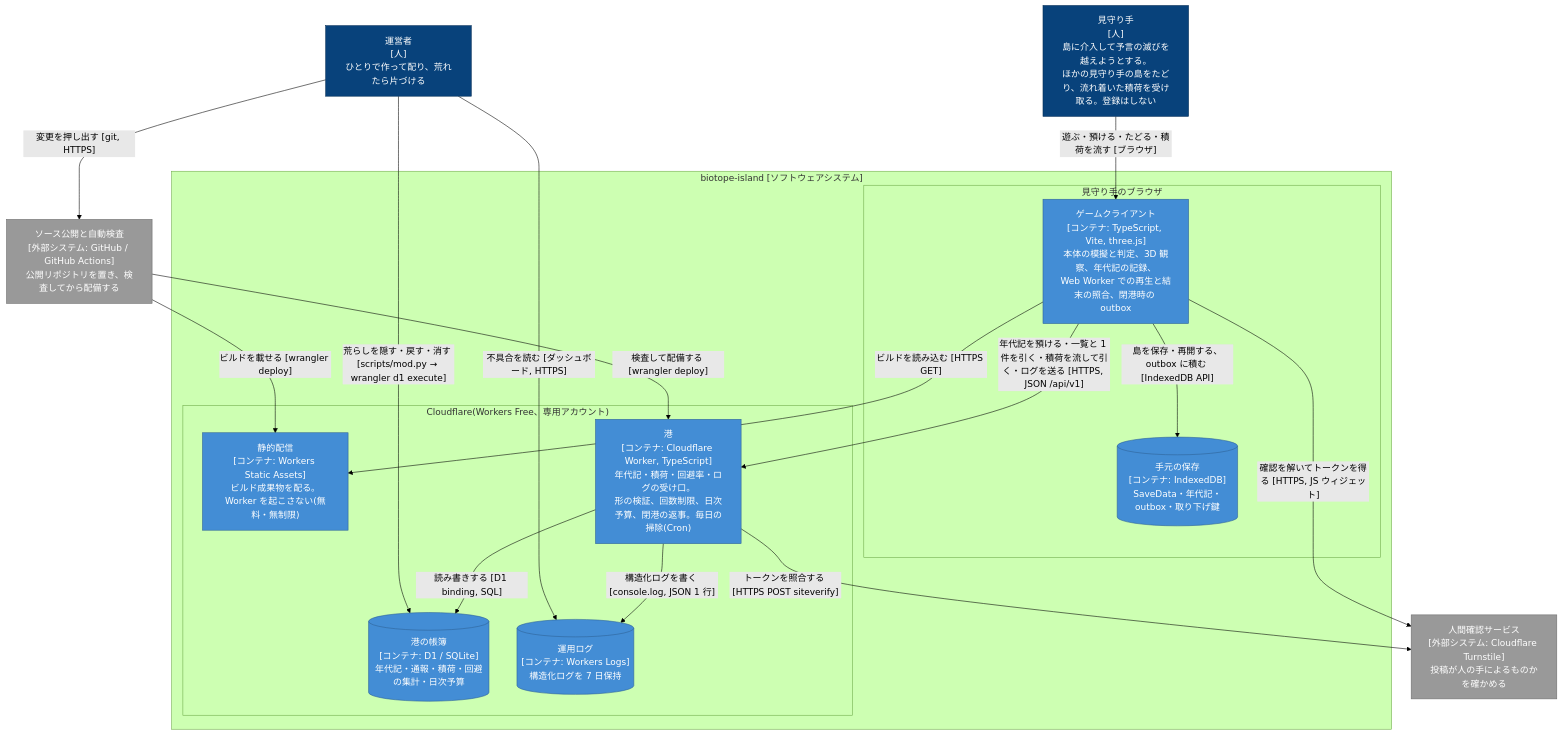
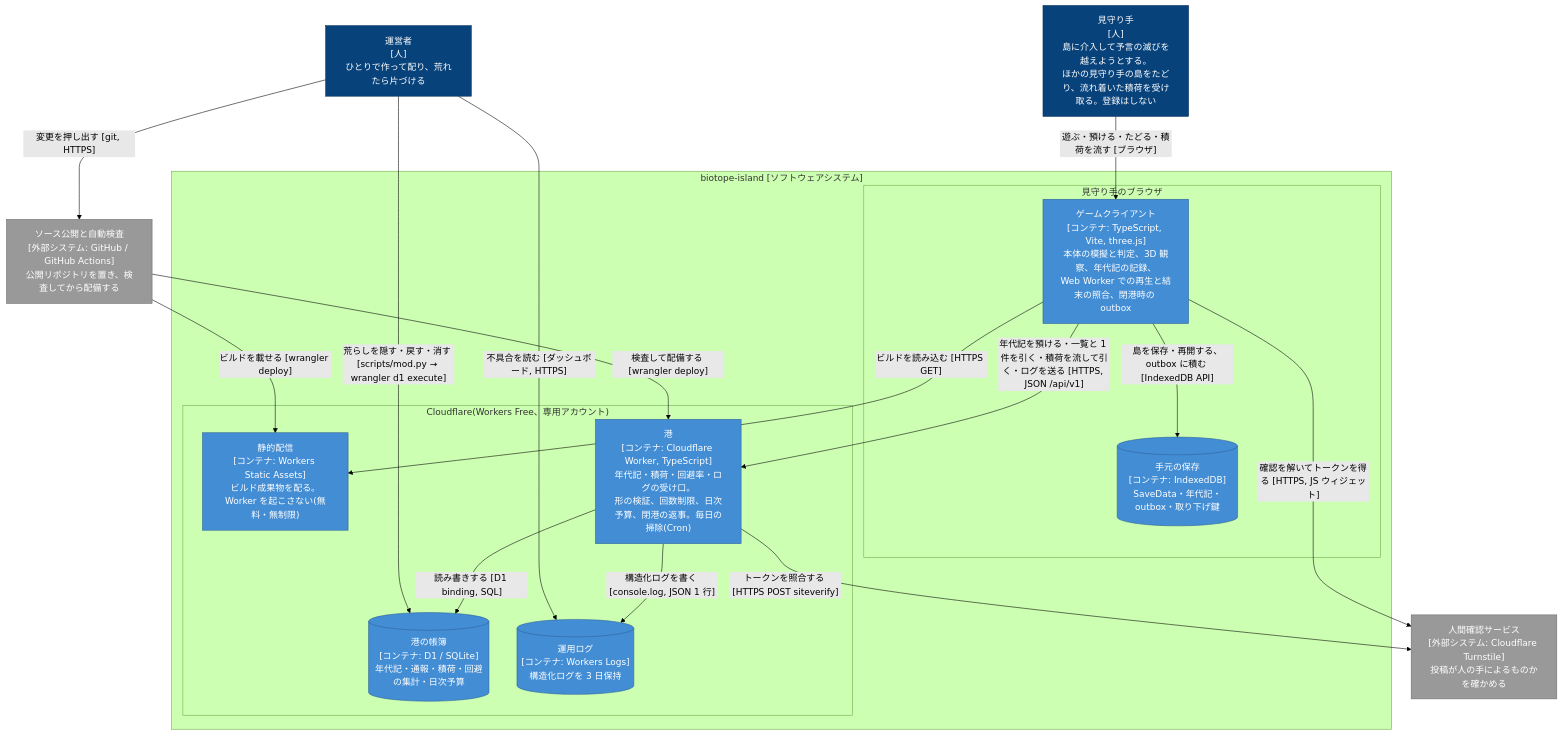
The second of 2 diagrams in docs/design/2026-09-26-cloudflare-architecture.md (karak/sim-bio), drawn with Mermaid (forest theme) before and after one commit. The commit also changed other lines of this file and 1 other file, not shown here.

Commit message:
docs(design): Workers Logs の無料の保持は 3 日・1 日 200,000 件に直す(M19-02 で docs を確認)

````diff
--- a/docs/design/2026-09-26-cloudflare-architecture.md
+++ b/docs/design/2026-09-26-cloudflare-architecture.md
@@ -193,38 +193,38 @@
 ```mermaid
 flowchart TB
   classDef person fill:#08427b,stroke:#052e56,color:#ffffff
   classDef container fill:#438dd5,stroke:#2e6295,color:#ffffff
   classDef external fill:#999999,stroke:#6b6b6b,color:#ffffff
 
   player["見守り手<br/>[人]<br/>島に介入して予言の滅びを越えようとする。<br/>ほかの見守り手の島をたどり、流れ着いた積荷を受け取る。登録はしない"]:::person
   operator["運営者<br/>[人]<br/>ひとりで作って配り、荒れたら片づける"]:::person
   human["人間確認サービス<br/>[外部システム: Cloudflare Turnstile]<br/>投稿が人の手によるものかを確かめる"]:::external
   forge["ソース公開と自動検査<br/>[外部システム: GitHub / GitHub Actions]<br/>公開リポジトリを置き、検査してから配備する"]:::external
 
   subgraph sys["biotope-island [ソフトウェアシステム]"]
     subgraph browser["見守り手のブラウザ"]
       spa["ゲームクライアント<br/>[コンテナ: TypeScript, Vite, three.js]<br/>本体の模擬と判定、3D 観察、年代記の記録、<br/>Web Worker での再生と結末の照合、閉港時の outbox"]:::container
       local[("手元の保存<br/>[コンテナ: IndexedDB]<br/>SaveData・年代記・outbox・取り下げ鍵")]:::container
     end
     subgraph cf["Cloudflare(Workers Free、専用アカウント)"]
       assets["静的配信<br/>[コンテナ: Workers Static Assets]<br/>ビルド成果物を配る。Worker を起こさない(無料・無制限)"]:::container
       api["港<br/>[コンテナ: Cloudflare Worker, TypeScript]<br/>年代記・積荷・回避率・ログの受け口。<br/>形の検証、回数制限、日次予算、閉港の返事。毎日の掃除(Cron)"]:::container
       db[("港の帳簿<br/>[コンテナ: D1 / SQLite]<br/>年代記・通報・積荷・回避の集計・日次予算")]:::container
-      logs[("運用ログ<br/>[コンテナ: Workers Logs]<br/>構造化ログを 7 日保持")]:::container
+      logs[("運用ログ<br/>[コンテナ: Workers Logs]<br/>構造化ログを 3 日保持")]:::container
     end
   end
 
   player -- "遊ぶ・預ける・たどる・積荷を流す [ブラウザ]" --> spa
   spa -- "ビルドを読み込む [HTTPS GET]" --> assets
   spa -- "島を保存・再開する、outbox に積む [IndexedDB API]" --> local
   spa -- "年代記を預ける・一覧と 1 件を引く・積荷を流して引く・ログを送る [HTTPS, JSON /api/v1]" --> api
   spa -- "確認を解いてトークンを得る [HTTPS, JS ウィジェット]" --> human
   api -- "トークンを照合する [HTTPS POST siteverify]" --> human
   api -- "読み書きする [D1 binding, SQL]" --> db
   api -- "構造化ログを書く [console.log, JSON 1 行]" --> logs
   operator -- "変更を押し出す [git, HTTPS]" --> forge
   forge -- "検査して配備する [wrangler deploy]" --> api
   forge -- "ビルドを載せる [wrangler deploy]" --> assets
   operator -- "不具合を読む [ダッシュボード, HTTPS]" --> logs
   operator -- "荒らしを隠す・戻す・消す [scripts/mod.py → wrangler d1 execute]" --> db
 ```
````
